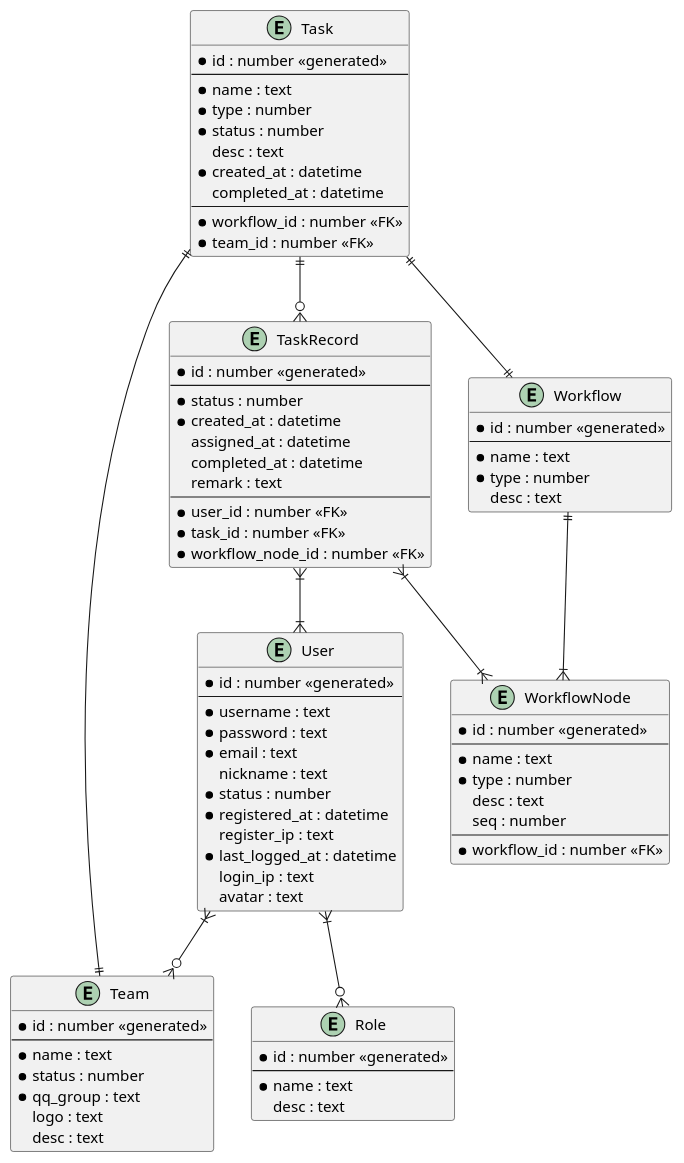
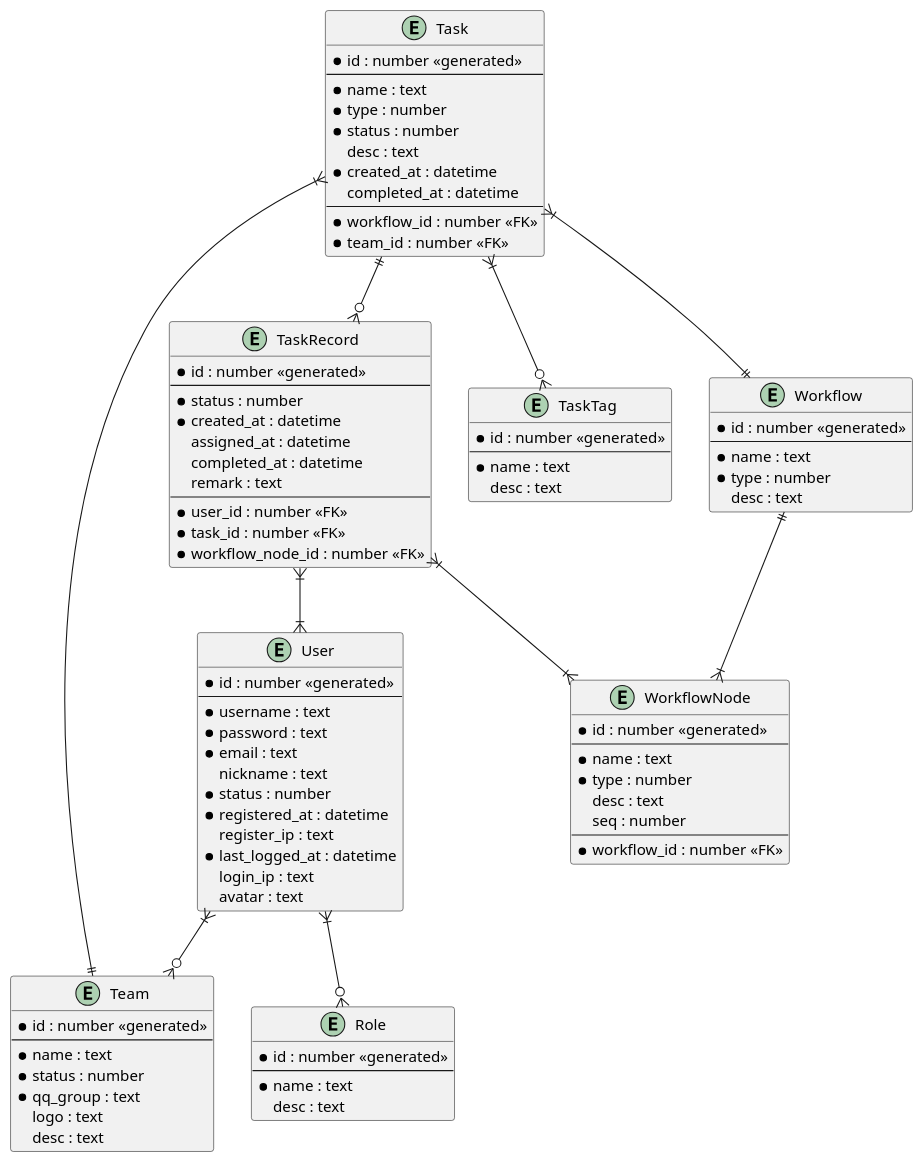
Before and after one commit to PMR-Fansub/subflow-core-go: the diagram in docs/database.puml, drawn with PlantUML. The commit also changed 23 other files, not shown here.

Commit message:
feat(schema): add task tag schema

```diff
--- a/docs/database.puml
+++ b/docs/database.puml
@@ -1,97 +1,105 @@
 @startuml
 'https://plantuml.com/class-diagram
 
 entity User {
   * id : number <<generated>>
   ---
   * username : text
   * password : text
   * email : text
   nickname : text
   * status : number
   * registered_at : datetime
   register_ip : text
   * last_logged_at : datetime
   login_ip : text
   avatar : text
 }
 
 entity Role {
   * id : number <<generated>>
   ---
   * name : text
   desc : text
 }
 
 entity Team {
   * id : number <<generated>>
   ---
   * name : text
   * status : number
   * qq_group : text
   logo : text
   desc : text
 }
 
 
 entity Task {
   * id : number <<generated>>
   ---
   * name : text
   * type : number
   * status : number
   desc : text
   * created_at : datetime
   completed_at : datetime
   ---
   * workflow_id : number <<FK>>
   * team_id : number <<FK>>
 }
 
 entity TaskRecord {
   * id : number <<generated>>
   ---
   * status : number
   * created_at : datetime
   assigned_at : datetime
   completed_at : datetime
   remark : text
   ---
   * user_id : number <<FK>>
   * task_id : number <<FK>>
   * workflow_node_id : number <<FK>>
 }
 
+entity TaskTag {
+  * id : number <<generated>>
+  ---
+  * name : text
+  desc : text
+}
+
 entity Workflow {
   * id : number <<generated>>
   ---
   * name : text
   * type : number
   desc : text
 }
 
 entity WorkflowNode {
   * id : number <<generated>>
   ---
   * name : text
   * type : number
   desc : text
   seq : number
   ---
   * workflow_id : number <<FK>>
 }
 
 User }|--o{ Role
 User }|--o{ Team
 
 Workflow ||--|{ WorkflowNode
 
 Task ||--o{ TaskRecord
-Task ||--|| Workflow
-Task ||--|| Team
+Task }|--|| Workflow
+Task }|--|| Team
+Task }|--o{ TaskTag
 
 TaskRecord }|--|{ User
 TaskRecord }|--|{ WorkflowNode
 
 
 @enduml
```
